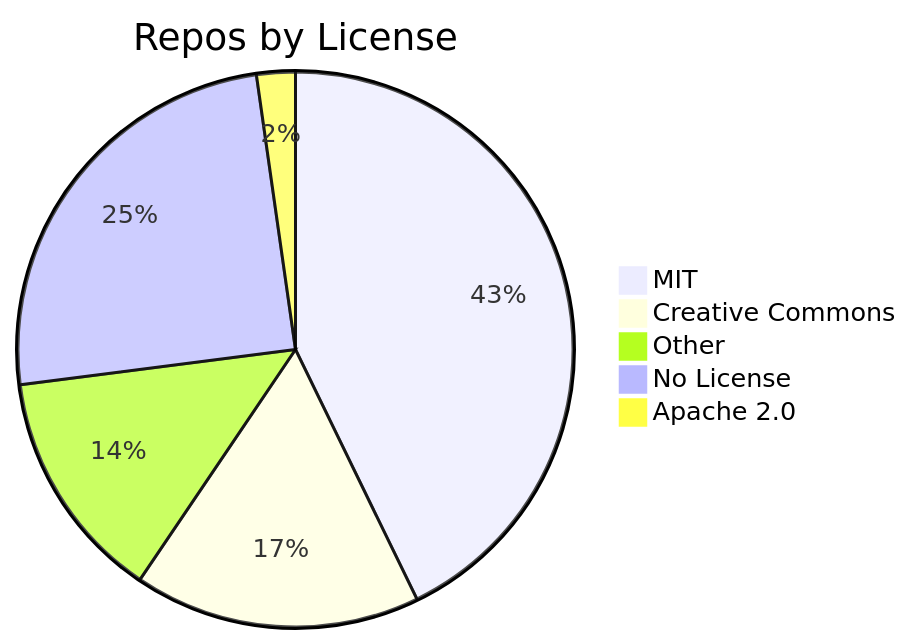
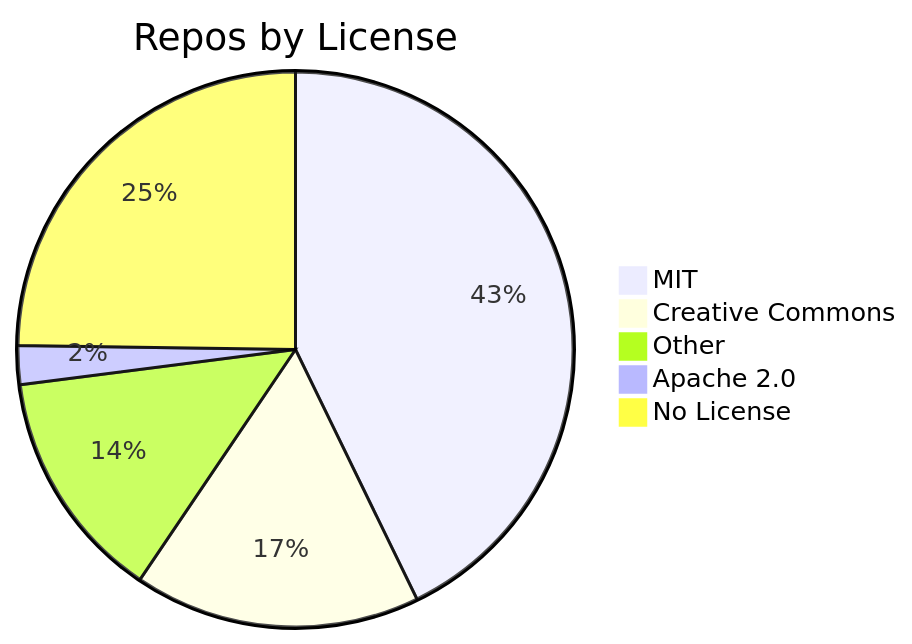
One commit to jpatterson933/awesome-mcp-server-repo-index changed the diagram in README.md. Above: the diagram before and after it, drawn with Mermaid. The commit also changed other lines of this file and 7 other files, not shown here.

````diff
--- a/README.md
+++ b/README.md
@@ -31,8 +31,8 @@
 ```mermaid
 pie title Repos by License
     "MIT" : 95
     "Creative Commons" : 37
     "Other" : 30
+    "Apache 2.0" : 5
     "No License" : 55
-    "Apache 2.0" : 5
 ```
````
